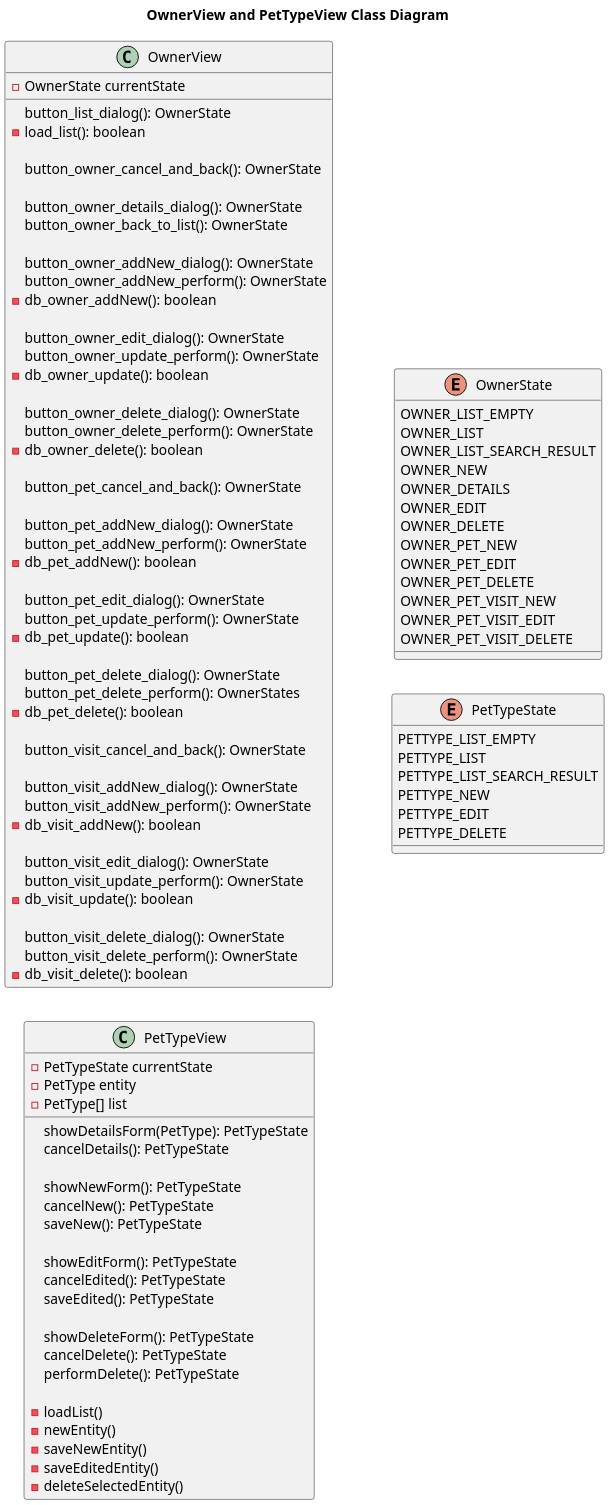
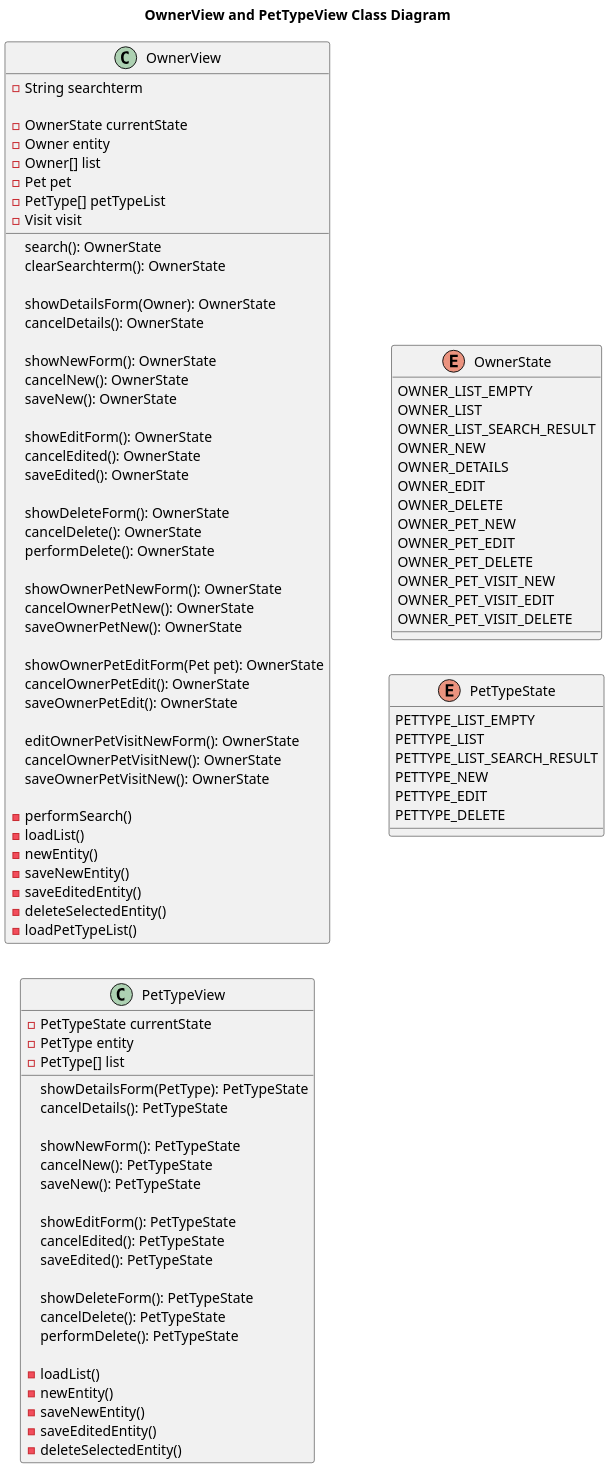
The diagram in etc/puml/owner/View__Class.puml (Jakarta-EE-Petclinic/petclinic-uml), drawn with PlantUML before and after one commit.

```diff
--- a/etc/puml/owner/View__Class.puml
+++ b/etc/puml/owner/View__Class.puml
@@ -1,120 +1,117 @@
 @startuml
 
 
 title OwnerView and PetTypeView Class Diagram
 'https://plantuml.com/class-diagram
 
 left to right direction
 'top to bottom direction
 
 scale 1200 width
 
 class OwnerView {
 
+    - String searchterm
+
     - OwnerState currentState
+    - Owner entity
+    - Owner[] list
+    - Pet pet
+    - PetType[] petTypeList
+    - Visit visit
 
-    button_list_dialog(): OwnerState
-    - load_list(): boolean
+    search(): OwnerState
+    clearSearchterm(): OwnerState
 
-    button_owner_cancel_and_back(): OwnerState
+    showDetailsForm(Owner): OwnerState
+    cancelDetails(): OwnerState
 
-    button_owner_details_dialog(): OwnerState
-    button_owner_back_to_list(): OwnerState
+    showNewForm(): OwnerState
+    cancelNew(): OwnerState
+    saveNew(): OwnerState
 
-    button_owner_addNew_dialog(): OwnerState
-    button_owner_addNew_perform(): OwnerState
-    -db_owner_addNew(): boolean
+    showEditForm(): OwnerState
+    cancelEdited(): OwnerState
+    saveEdited(): OwnerState
 
-    button_owner_edit_dialog(): OwnerState
-    button_owner_update_perform(): OwnerState
-    - db_owner_update(): boolean
+    showDeleteForm(): OwnerState
+    cancelDelete(): OwnerState
+    performDelete(): OwnerState
 
-    button_owner_delete_dialog(): OwnerState
-    button_owner_delete_perform(): OwnerState
-    - db_owner_delete(): boolean
+    showOwnerPetNewForm(): OwnerState
+    cancelOwnerPetNew(): OwnerState
+    saveOwnerPetNew(): OwnerState
 
-    button_pet_cancel_and_back(): OwnerState
+    showOwnerPetEditForm(Pet pet): OwnerState
+    cancelOwnerPetEdit(): OwnerState
+    saveOwnerPetEdit(): OwnerState
 
-    button_pet_addNew_dialog(): OwnerState
-    button_pet_addNew_perform(): OwnerState
-    - db_pet_addNew(): boolean
+    editOwnerPetVisitNewForm(): OwnerState
+    cancelOwnerPetVisitNew(): OwnerState
+    saveOwnerPetVisitNew(): OwnerState
 
-    button_pet_edit_dialog(): OwnerState
-    button_pet_update_perform(): OwnerState
-    - db_pet_update(): boolean
-
-    button_pet_delete_dialog(): OwnerState
-    button_pet_delete_perform(): OwnerStates
-    - db_pet_delete(): boolean
-
-    button_visit_cancel_and_back(): OwnerState
-
-    button_visit_addNew_dialog(): OwnerState
-    button_visit_addNew_perform(): OwnerState
-    - db_visit_addNew(): boolean
-
-    button_visit_edit_dialog(): OwnerState
-    button_visit_update_perform(): OwnerState
-   - db_visit_update(): boolean
-
-    button_visit_delete_dialog(): OwnerState
-    button_visit_delete_perform(): OwnerState
-    - db_visit_delete(): boolean
+    - performSearch()
+    - loadList()
+    - newEntity()
+    - saveNewEntity()
+    - saveEditedEntity()
+    - deleteSelectedEntity()
+    - loadPetTypeList()
 }
 
 class PetTypeView {
 
     - PetTypeState currentState
     - PetType entity
     - PetType[] list
 
     showDetailsForm(PetType): PetTypeState
     cancelDetails(): PetTypeState
 
     showNewForm(): PetTypeState
     cancelNew(): PetTypeState
     saveNew(): PetTypeState
 
     showEditForm(): PetTypeState
     cancelEdited(): PetTypeState
     saveEdited(): PetTypeState
 
     showDeleteForm(): PetTypeState
     cancelDelete(): PetTypeState
     performDelete(): PetTypeState
 
     - loadList()
     - newEntity()
     - saveNewEntity()
     - saveEditedEntity()
     - deleteSelectedEntity()
 
 }
 
 
 enum OwnerState {
     OWNER_LIST_EMPTY
     OWNER_LIST
     OWNER_LIST_SEARCH_RESULT
     OWNER_NEW
     OWNER_DETAILS
     OWNER_EDIT
     OWNER_DELETE
     OWNER_PET_NEW
     OWNER_PET_EDIT
     OWNER_PET_DELETE
     OWNER_PET_VISIT_NEW
     OWNER_PET_VISIT_EDIT
     OWNER_PET_VISIT_DELETE
 }
 
 enum PetTypeState {
     PETTYPE_LIST_EMPTY
     PETTYPE_LIST
     PETTYPE_LIST_SEARCH_RESULT
     PETTYPE_NEW
     PETTYPE_EDIT
     PETTYPE_DELETE
 }
 
 @enduml
```
